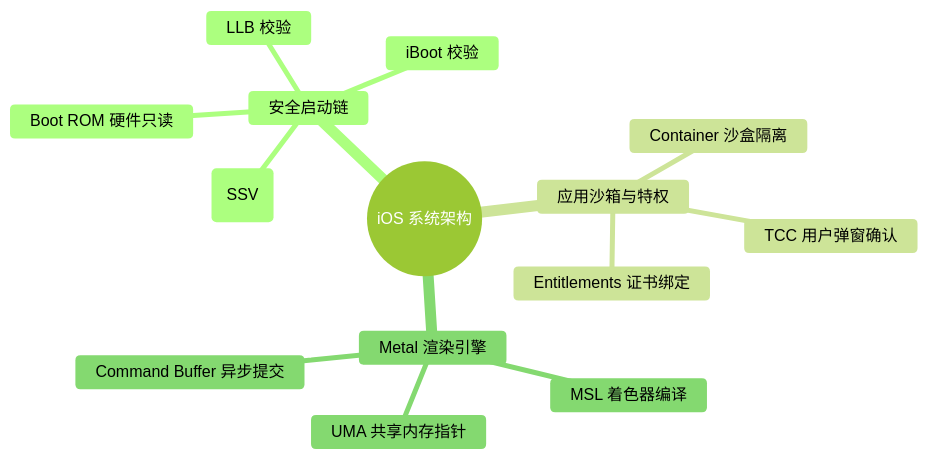
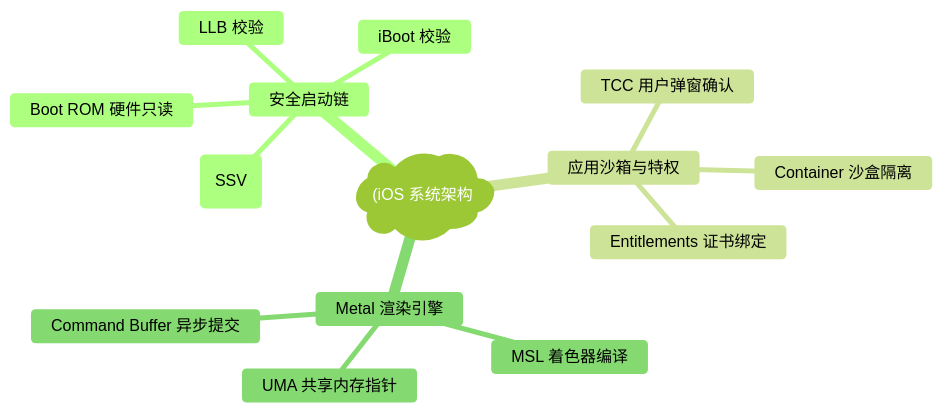
The second of 8 diagrams in docs/atlas/ios.mdx (koosai/AI-Architect-Learning), drawn with Mermaid (forest theme) before and after one commit. The commit also changed 187 other files, not shown here.

Commit message:
fix(mermaid): fix all unquoted parens and edge label syntax errors across all docs

````diff
--- a/docs/atlas/ios.mdx
+++ b/docs/atlas/ios.mdx
@@ -72,17 +72,17 @@
 ```mermaid
 mindmap
-  root((iOS 系统架构))
+  root("(iOS 系统架构"))
     安全启动链
       Boot ROM 硬件只读
       LLB 校验
       iBoot 校验
       内核签名确认 (SSV)
     应用沙箱与特权
       Entitlements 证书绑定
       Container 沙盒隔离
       TCC 用户弹窗确认
     Metal 渲染引擎
       MSL 着色器编译
       UMA 共享内存指针
       Command Buffer 异步提交
 ```
````
